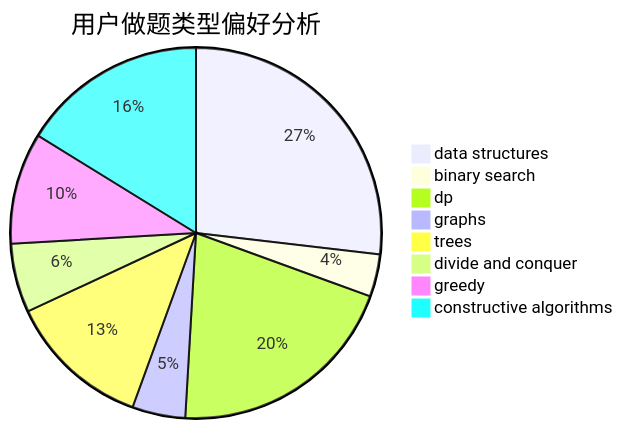
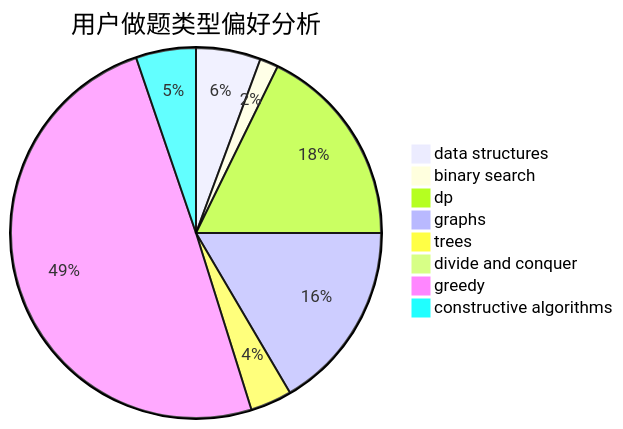
Before and after one commit to sherpahu/cfrs.github.io: the second of 3 diagrams in docs/user/u1864.md, drawn with Mermaid. The commit also changed other lines of this file and 2770 other files, not shown here.

````diff
--- a/docs/user/u1864.md
+++ b/docs/user/u1864.md
@@ -23,11 +23,11 @@
 ```mermaid
 pie title 用户做题类型偏好分析
-    "data structures" :  58
-    "binary search" :  8
+    "data structures" :  14
+    "binary search" :  4
     "dp" :  44
-    "graphs" :  10
-    "trees" :  27
-    "divide and conquer" :  13
-    "greedy" :  21
-    "constructive algorithms" :  35
+    "graphs" :  41
+    "trees" :  9
+    "divide and conquer" :  1
+    "greedy" :  123
+    "constructive algorithms" :  13
 ```
````
